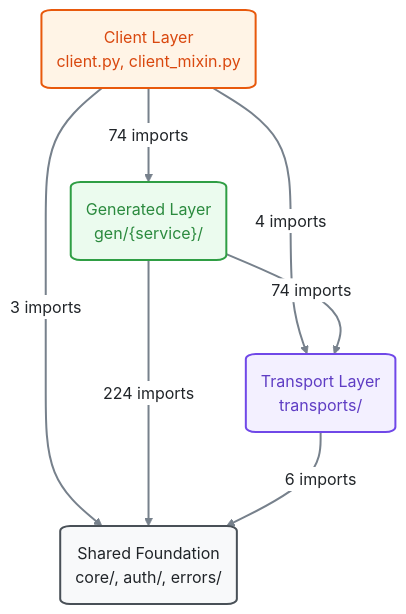
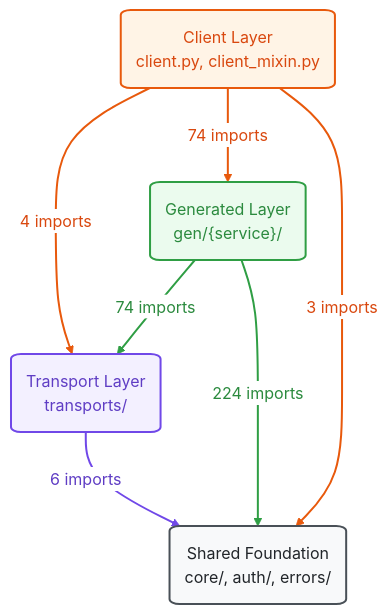
The second of 2 diagrams in docs/sphinx/sdk_runtime_architecture.md (alexdearaujo/community_sdk_python), drawn with Mermaid before and after one commit. The commit also changed 5 other files, not shown here.

First line of the commit message:
docs: layer diagram without crossing lines, arrows colored by source layer

````diff
--- a/docs/sphinx/sdk_runtime_architecture.md
+++ b/docs/sphinx/sdk_runtime_architecture.md
@@ -68,22 +68,25 @@
 ```mermaid
 %%{init: {"theme": "base", "fontFamily": "ui-monospace, SFMono-Regular, Menlo, monospace", "themeVariables": {"fontFamily": "ui-monospace, SFMono-Regular, Menlo, monospace", "primaryColor": "#f8f9fa", "primaryBorderColor": "#495057", "primaryTextColor": "#212529", "textColor": "#212529", "lineColor": "#77818c", "edgeLabelBackground": "#ffffff", "actorBkg": "#f8f9fa", "actorBorder": "#495057", "actorTextColor": "#212529", "actorLineColor": "#a9b3be", "signalColor": "#57616d", "signalTextColor": "#212529", "labelBoxBkgColor": "#f8f9fa", "labelBoxBorderColor": "#495057", "labelTextColor": "#212529", "loopTextColor": "#57616d", "noteBkgColor": "#fff9db", "noteBorderColor": "#f08c00", "noteTextColor": "#a35a00"}, "flowchart": {"curve": "basis", "nodeSpacing": 30, "rankSpacing": 70, "wrappingWidth": 400}}}%%
 flowchart TB
     client("Client Layer<br/>client.py, client_mixin.py"):::orange
     generated("Generated Layer<br/>gen/{service}/"):::green
     transport("Transport Layer<br/>transports/"):::violet
     foundation("Shared Foundation<br/>core/, auth/, errors/"):::hub
 
+    client -->|"4 imports"| transport
     client -->|"74 imports"| generated
-    client -->|"4 imports"| transport
+    generated -->|"74 imports"| transport
     client -->|"3 imports"| foundation
-    generated -->|"74 imports"| transport
     generated -->|"224 imports"| foundation
     transport -->|"6 imports"| foundation
 
     classDef orange fill:#fff4e6,stroke:#e8590c,color:#d9480f
     classDef green fill:#ebfbee,stroke:#2f9e44,color:#2b8a3e
     classDef violet fill:#f3f0ff,stroke:#7048e8,color:#5f3dc4
     classDef hub fill:#f8f9fa,stroke:#495057,color:#212529
     classDef orange,green,violet,hub stroke-width:2px,rx:10px
     linkStyle default stroke-width:2px,stroke-linecap:round,stroke-linejoin:round
+    linkStyle 0,1,3 stroke:#e8590c,color:#d9480f
+    linkStyle 2,4 stroke:#2f9e44,color:#2b8a3e
+    linkStyle 5 stroke:#7048e8,color:#5f3dc4
 ```
````
